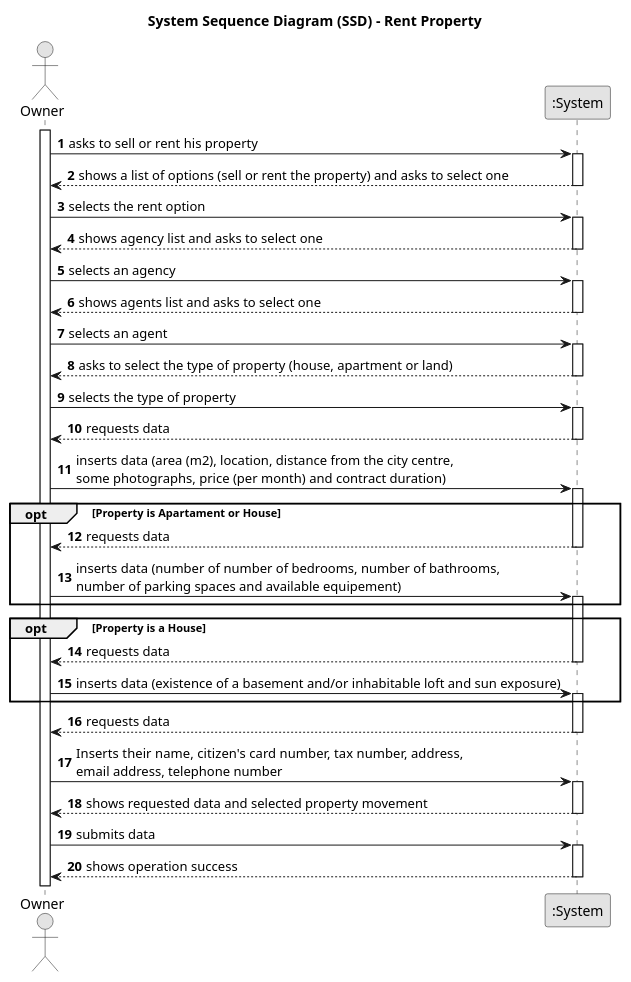
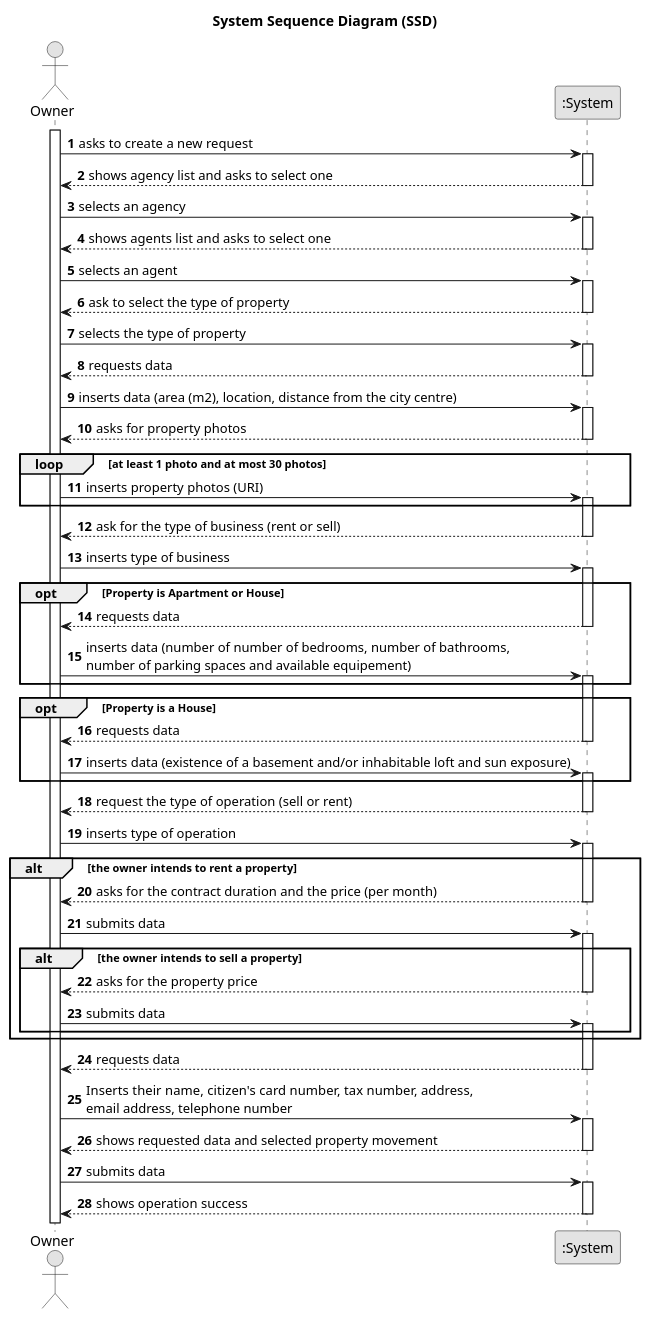
One commit to 1220812/LAPR2 changed the diagram in docs/sprintB/us004/01.requirements-engineering/puml/us004-system-sequence-diagram-rent.puml. Above: the diagram before and after it, drawn with PlantUML. The commit also changed 5 other files, not shown here.

```diff
--- a/docs/sprintB/us004/01.requirements-engineering/puml/us004-system-sequence-diagram-rent.puml
+++ b/docs/sprintB/us004/01.requirements-engineering/puml/us004-system-sequence-diagram-rent.puml
@@ -1,81 +1,125 @@
 @startuml
 skinparam monochrome true
 skinparam packageStyle rectangle
 skinparam shadowing false
 
-title System Sequence Diagram (SSD) - Rent Property
+title System Sequence Diagram (SSD)
 
 autonumber
 
 actor "Owner" as Owner
 participant ":System" as System
 
 activate Owner
 
-    Owner -> System : asks to sell or rent his property
-    activate System
-
-        System --> Owner : shows a list of options (sell or rent the property) and asks to select one
-    deactivate System
-
-    Owner -> System : selects the rent option
+    Owner -> System : asks to create a new request
     activate System
 
         System --> Owner : shows agency list and asks to select one
     deactivate System
 
     Owner -> System : selects an agency
     activate System
 
         System --> Owner : shows agents list and asks to select one
     deactivate System
 
     Owner -> System : selects an agent
     activate System
 
-        System --> Owner : asks to select the type of property (house, apartment or land)
+
+        System --> Owner : ask to select the type of property
     deactivate System
+
     Owner -> System : selects the type of property
+
         activate System
 
         System --> Owner : requests data
 
     deactivate System
-    Owner -> System : inserts data (area (m2), location, distance from the city centre, \nsome photographs, price (per month) and contract duration)
+
+    Owner -> System : inserts data (area (m2), location, distance from the city centre)
+
     activate System
-    opt Property is Apartament or House
+
+    System --> Owner : asks for property photos
+    deactivate System
+
+    loop at least 1 photo and at most 30 photos
+
+    Owner -> System : inserts property photos (URI)
+    activate System
+
+    end
+
+    System --> Owner : ask for the type of business (rent or sell)
+    deactivate System
+
+
+    Owner -> System : inserts type of business
+   activate System
+
+    opt Property is Apartment or House
 
         System --> Owner : requests data
+
     deactivate System
 
     Owner -> System : inserts data (number of number of bedrooms, number of bathrooms, \nnumber of parking spaces and available equipement)
     activate System
 
     end
     opt Property is a House
 
          System --> Owner : requests data
     deactivate System
 
     Owner -> System : inserts data (existence of a basement and/or inhabitable loft and sun exposure)
     activate System
 
     end
+
+    System --> Owner : request the type of operation (sell or rent)
+    deactivate System
+
+
+    Owner -> System : inserts type of operation
+
+    alt the owner intends to rent a property
+    activate System
+
+    System --> Owner : asks for the contract duration and the price (per month)
+    deactivate System
+
+    Owner -> System : submits data
+    activate System
+
+    alt the owner intends to sell a property
+    System --> Owner : asks for the property price
+
+    deactivate System
+
+    Owner -> System : submits data
+    activate System
+    end
+
+    end
+
           System --> Owner : requests data
     deactivate System
-
 
     Owner -> System : Inserts their name, citizen's card number, tax number, address, \nemail address, telephone number
     activate System
 
            System --> Owner : shows requested data and selected property movement
 
     deactivate System
 
     Owner -> System : submits data
     activate System
 
             System --> Owner : shows operation success
     deactivate System
 
 @enduml
```
